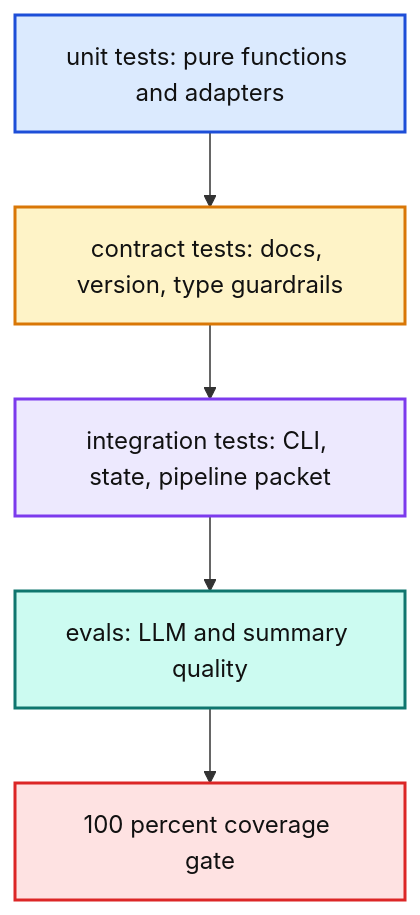
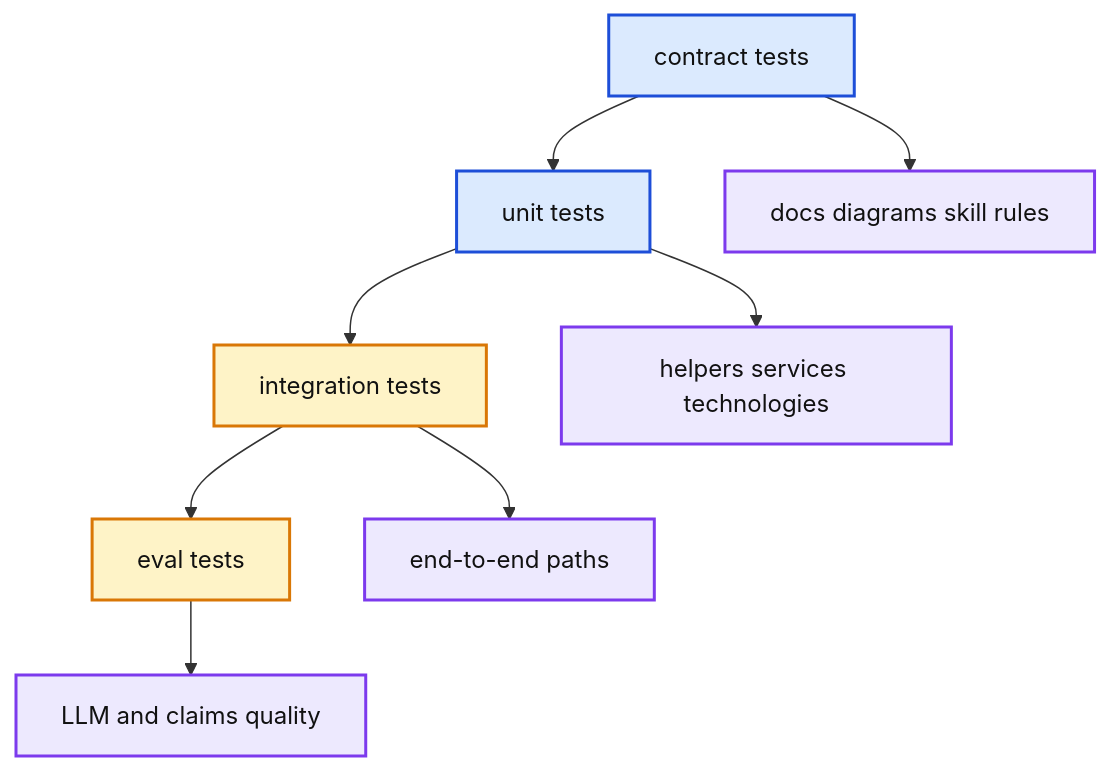
The diagram in docs/diagrams/src/testing-pyramid.mmd (reshinto/social-research-probe), drawn with Mermaid before and after one commit. The commit also changed 107 other files, not shown here.

```diff
--- a/docs/diagrams/src/testing-pyramid.mmd
+++ b/docs/diagrams/src/testing-pyramid.mmd
@@ -1,19 +1,18 @@
 %%{init: {"theme":"base","themeVariables":{"background":"#ffffff","mainBkg":"#ffffff","primaryTextColor":"#111111","lineColor":"#333333","fontFamily":"Arial, sans-serif","clusterBkg":"#ffffff","clusterBorder":"#d0d7de"}}}%%
 flowchart TB
-  Unit["unit tests: pure functions and adapters"] --> Contract["contract tests: docs, version, type guardrails"]
-  Contract --> Integration["integration tests: CLI, state, pipeline packet"]
-  Integration --> Eval["evals: LLM and summary quality"]
-  Eval --> Coverage["100 percent coverage gate"]
+  Contract["contract tests"] --> Unit["unit tests"] --> Integration["integration tests"] --> Evals["eval tests"]
+  Contract --> Docs["docs diagrams skill rules"]
+  Unit --> Helpers["helpers services technologies"]
+  Integration --> Pipeline["end-to-end paths"]
+  Evals --> Quality["LLM and claims quality"]
+  class Contract,Unit process;
+  class Integration,Evals analysis;
+  class Docs,Helpers,Pipeline,Quality output;
 
   classDef input fill:#dcfce7,stroke:#15803d,color:#111111,stroke-width:2px;
   classDef process fill:#dbeafe,stroke:#1d4ed8,color:#111111,stroke-width:2px;
   classDef analysis fill:#fef3c7,stroke:#d97706,color:#111111,stroke-width:2px;
   classDef external fill:#ccfbf1,stroke:#0f766e,color:#111111,stroke-width:2px;
   classDef output fill:#ede9fe,stroke:#7c3aed,color:#111111,stroke-width:2px;
   classDef config fill:#ffedd5,stroke:#ea580c,color:#111111,stroke-width:2px;
   classDef risk fill:#fee2e2,stroke:#dc2626,color:#111111,stroke-width:2px;
-  class Unit process;
-  class Contract analysis;
-  class Integration output;
-  class Eval external;
-  class Coverage risk;
```
